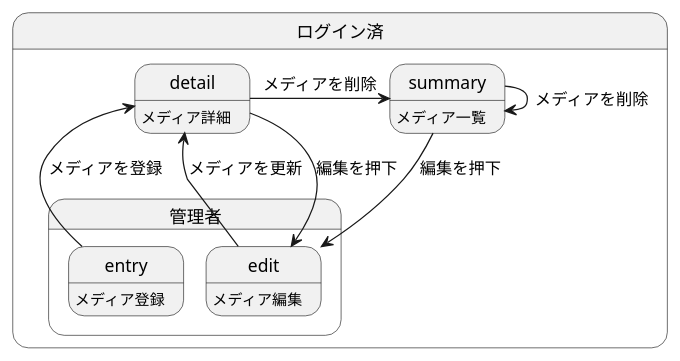
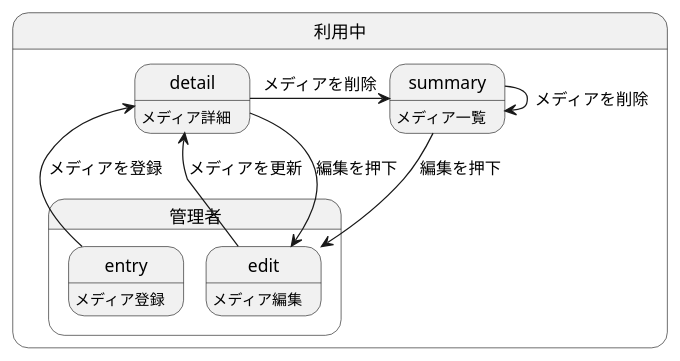
The diagram in doc/6_ui/flow/admin.puml (hachimitu22/MangaViewer), drawn with PlantUML before and after one commit. The commit also changed 10 other files, not shown here.

```diff
--- a/doc/6_ui/flow/admin.puml
+++ b/doc/6_ui/flow/admin.puml
@@ -1,21 +1,21 @@
 @startuml
 
-state "ログイン済" as Signin {
+state "利用中" as Signin {
     summary : メディア一覧
     detail : メディア詳細
 
     state "管理者" as Admin {
         entry : メディア登録
         edit : メディア編集
     }
 }
 
 ' 管理者
 Signin.summary --> Signin.Admin.edit : 編集を押下
 Signin.detail --> Signin.Admin.edit : 編集を押下
 Signin.Admin.entry --> Signin.detail : メディアを登録
 Signin.Admin.edit --> Signin.detail : メディアを更新
 Signin.summary --> Signin.summary : メディアを削除
 Signin.detail -r-> Signin.summary : メディアを削除
 
 @enduml
```
